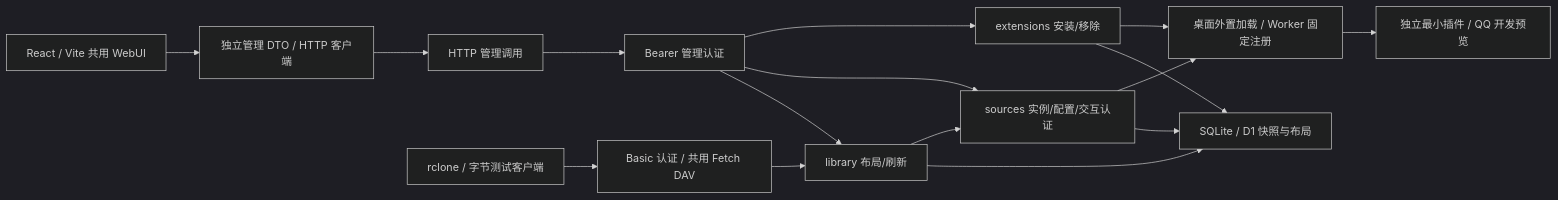
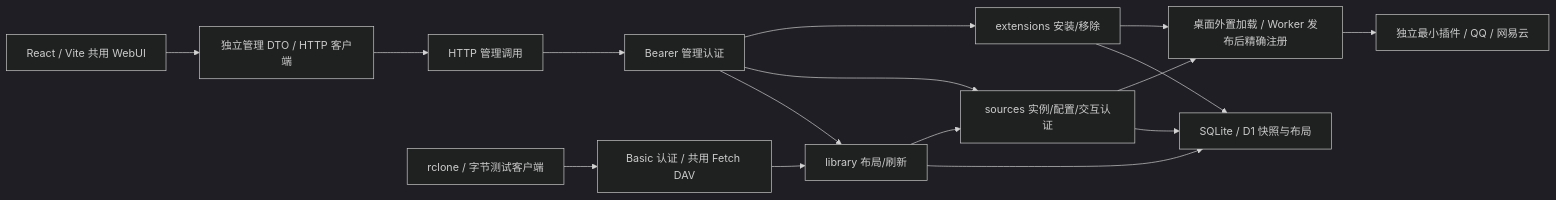
Before and after one commit to shengyusi-SYS/musicfs: the first of 12 diagrams in docs/architecture/diagrams.md, drawn with Mermaid (dark theme). The commit also changed other lines of this file and 47 other files, not shown here.

````diff
--- a/docs/architecture/diagrams.md
+++ b/docs/architecture/diagrams.md
@@ -11,18 +11,18 @@
 ```mermaid
 flowchart LR
   Web[React / Vite 共用 WebUI] --> DTO[独立管理 DTO / HTTP 客户端]
   DTO --> Manage[HTTP 管理调用]
   Manage --> Auth[Bearer 管理认证]
   Auth --> E[extensions 安装/移除]
   Auth --> S[sources 实例/配置/交互认证]
   Auth --> L[library 布局/刷新]
-  E --> Host[桌面外置加载 / Worker 固定注册]
+  E --> Host[桌面外置加载 / Worker 发布后精确注册]
   L --> S
   S --> Host
-  Host --> Plugin[独立最小插件 / QQ 开发预览]
+  Host --> Plugin[独立最小插件 / QQ / 网易云]
   Client[rclone / 字节测试客户端] --> DAV[Basic 认证 / 共用 Fetch DAV]
   DAV --> L
   L --> Store[SQLite / D1 快照与布局]
   S --> Store
   E --> Store
 ```
````
